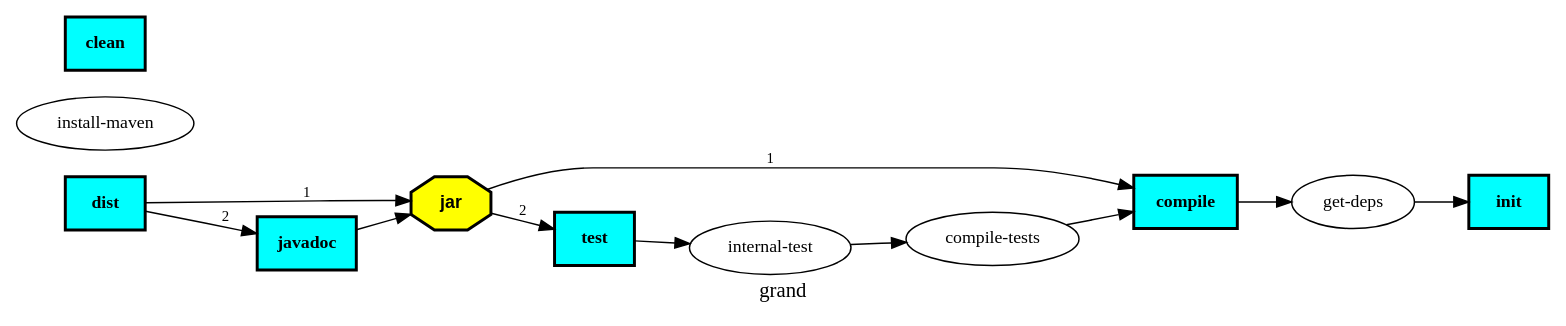
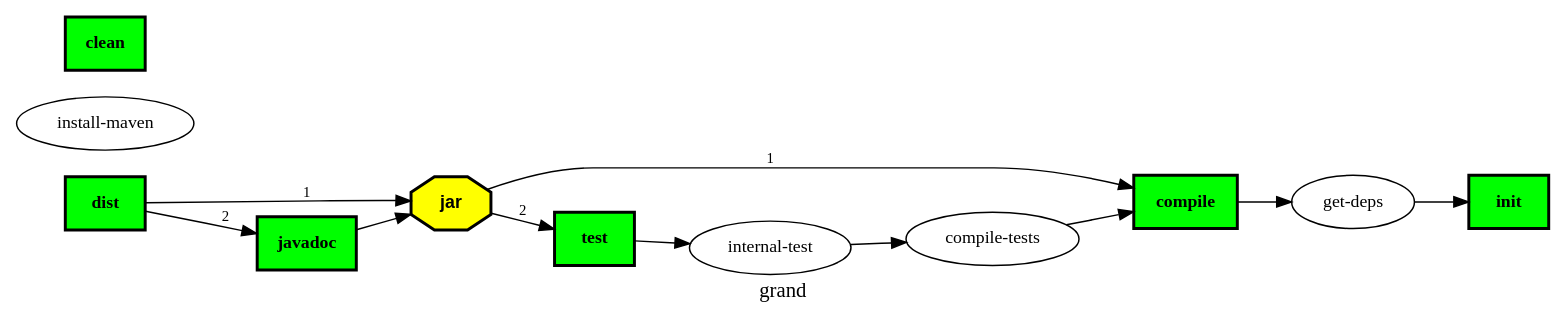
The diagram in src/etc/testcases/build-simple-with-graph-name.dot (Ant-Grand/Grand), drawn with Graphviz before and after one commit. The commit also changed 6 other files, not shown here.

Commit message:
Use standard colour names, replace cyan with milder lime

```diff
--- a/src/etc/testcases/build-simple-with-graph-name.dot
+++ b/src/etc/testcases/build-simple-with-graph-name.dot
@@ -1,37 +1,37 @@
 digraph "grand" {
 graph [rankdir="LR",label="grand"];
 node [fontsize="12"];
 edge [fontsize="10"];
 "jar" [shape=octagon,fillcolor="yellow",style="filled,bold",fontname="Helvetica-Bold",comment="o Create the jar"];
 "jar" -> "compile" [label="1"];
 "jar" -> "test" [label="2"];
 
 "install-maven"
 
 "compile-tests"
 "compile-tests" -> "compile";
 
-"javadoc" [shape=box,fillcolor="cyan",style="filled,bold",fontname="Times-Bold",comment="o Generate javadoc"];
+"javadoc" [shape=box,fillcolor="lime",style="filled,bold",fontname="Times-Bold",comment="o Generate javadoc"];
 "javadoc" -> "jar";
 
-"test" [shape=box,fillcolor="cyan",style="filled,bold",fontname="Times-Bold",comment="o Run the test cases"];
+"test" [shape=box,fillcolor="lime",style="filled,bold",fontname="Times-Bold",comment="o Run the test cases"];
 "test" -> "internal-test";
 
-"clean" [shape=box,fillcolor="cyan",style="filled,bold",fontname="Times-Bold",comment="o Clean up the generated directories"];
+"clean" [shape=box,fillcolor="lime",style="filled,bold",fontname="Times-Bold",comment="o Clean up the generated directories"];
 
-"dist" [shape=box,fillcolor="cyan",style="filled,bold",fontname="Times-Bold",comment="o Create a distribution"];
+"dist" [shape=box,fillcolor="lime",style="filled,bold",fontname="Times-Bold",comment="o Create a distribution"];
 "dist" -> "jar" [label="1"];
 "dist" -> "javadoc" [label="2"];
 
 "get-deps"
 "get-deps" -> "init";
 
-"init" [shape=box,fillcolor="cyan",style="filled,bold",fontname="Times-Bold",comment="o Initializes some properties"];
+"init" [shape=box,fillcolor="lime",style="filled,bold",fontname="Times-Bold",comment="o Initializes some properties"];
 
 "internal-test"
 "internal-test" -> "compile-tests";
 
-"compile" [shape=box,fillcolor="cyan",style="filled,bold",fontname="Times-Bold",comment="o Compile the code"];
+"compile" [shape=box,fillcolor="lime",style="filled,bold",fontname="Times-Bold",comment="o Compile the code"];
 "compile" -> "get-deps";
 
 }
```
